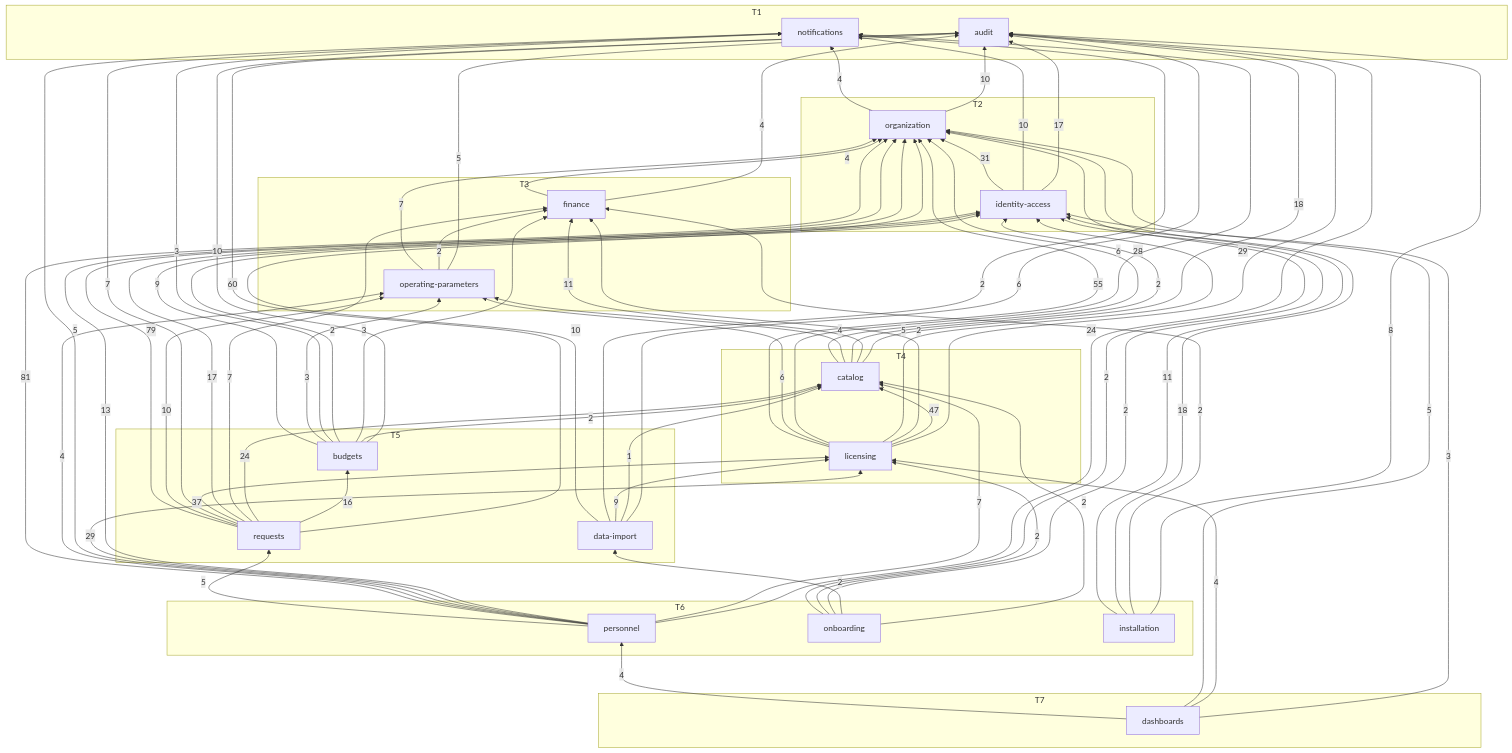
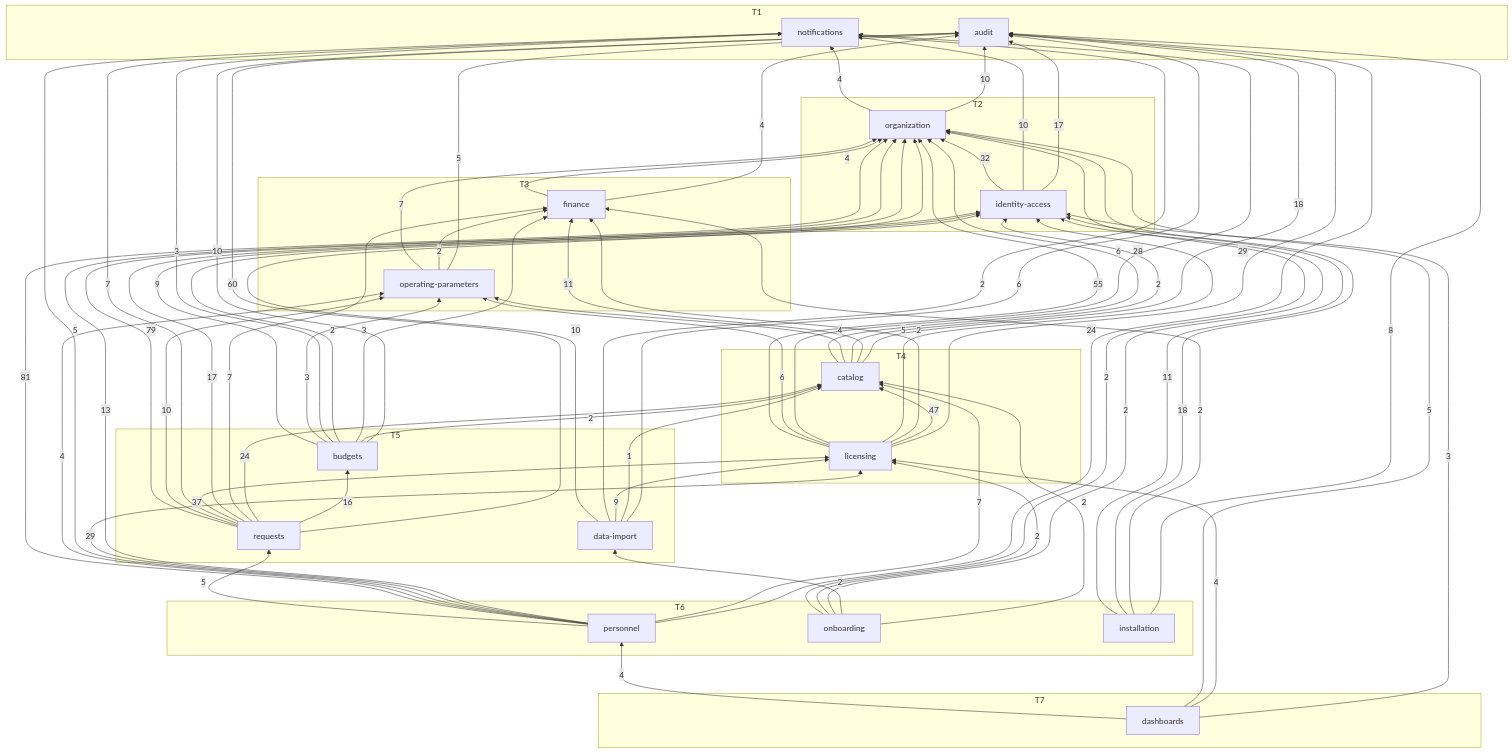
One commit to SEP490-FALL2026/BE-dev changed the diagram in docs/generated/module-graph.md. Above: the diagram before and after it, drawn with Mermaid. The commit also changed 39 other files, not shown here.

```diff
--- a/docs/generated/module-graph.md
+++ b/docs/generated/module-graph.md
@@ -59,7 +59,7 @@
   finance -->|4| organization
   identity_access -->|17| audit
   identity_access -->|10| notifications
-  identity_access -->|31| organization
+  identity_access -->|32| organization
   installation -->|8| audit
   installation -->|2| finance
   installation -->|18| identity_access
```
